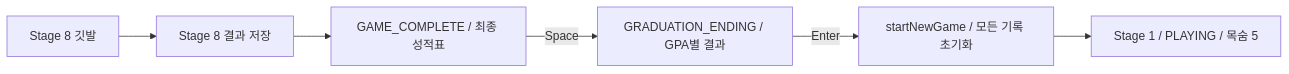
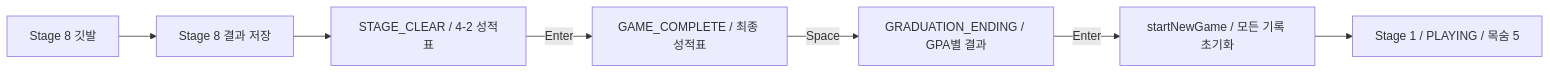
One commit to One2-3/campus_runner changed the diagram in docs/GRADUATION_ENDINGS.md. Above: the diagram before and after it, drawn with Mermaid. The commit also changed other lines of this file and 7 other files, not shown here.

````diff
--- a/docs/GRADUATION_ENDINGS.md
+++ b/docs/GRADUATION_ENDINGS.md
@@ -33,8 +67,9 @@
 ```mermaid
 flowchart LR
     Flag[Stage 8 깃발] --> Save[Stage 8 결과 저장]
-    Save --> Report[GAME_COMPLETE / 최종 성적표]
+    Save --> Clear[STAGE_CLEAR / 4-2 성적표]
+    Clear -- Enter --> Report[GAME_COMPLETE / 최종 성적표]
     Report -- Space --> Ending[GRADUATION_ENDING / GPA별 결과]
     Ending -- Enter --> Reset[startNewGame / 모든 기록 초기화]
     Reset --> Stage1[Stage 1 / PLAYING / 목숨 5]
 ```
````
